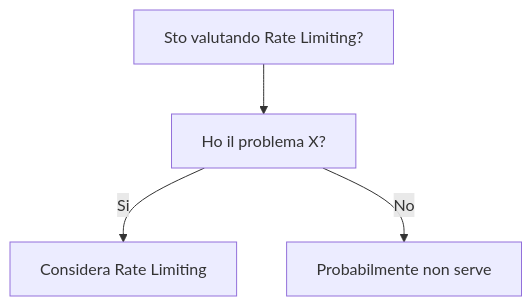
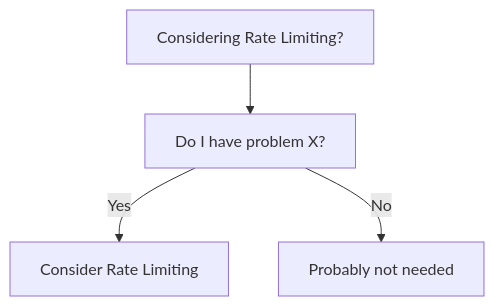
One commit to HxT9/Software-Dev-Wiki changed the diagram in dev-wiki/07_Networking/Rate_Limiting/When_To_Use.md. Above: the diagram before and after it, drawn with Mermaid. The commit also changed other lines of this file and 3444 other files, not shown here.

````diff
--- a/dev-wiki/07_Networking/Rate_Limiting/When_To_Use.md
+++ b/dev-wiki/07_Networking/Rate_Limiting/When_To_Use.md
@@ -19,6 +19,6 @@
 ```mermaid
 flowchart TD
-  Q[Sto valutando Rate Limiting?] --> Q1[Ho il problema X?]
-  Q1 -->|Si| OK[Considera Rate Limiting]
-  Q1 -->|No| NO[Probabilmente non serve]
+  Q[Considering Rate Limiting?] --> Q1[Do I have problem X?]
+  Q1 -->|Yes| OK[Consider Rate Limiting]
+  Q1 -->|No| NO[Probably not needed]
 ```
````
